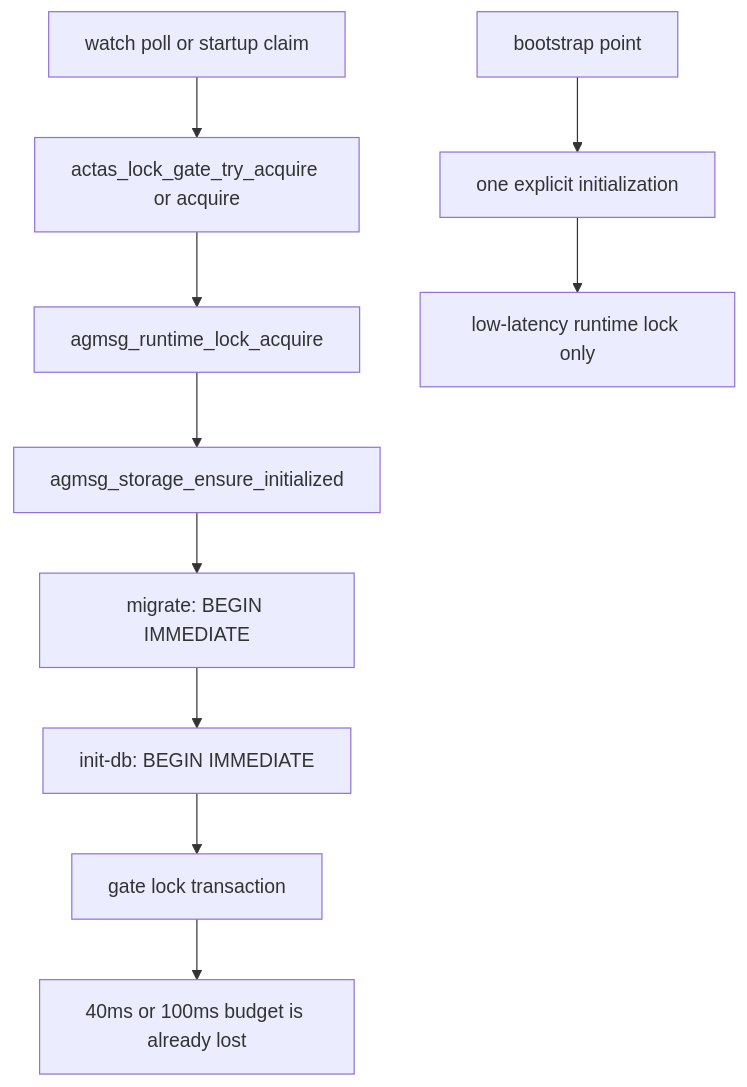
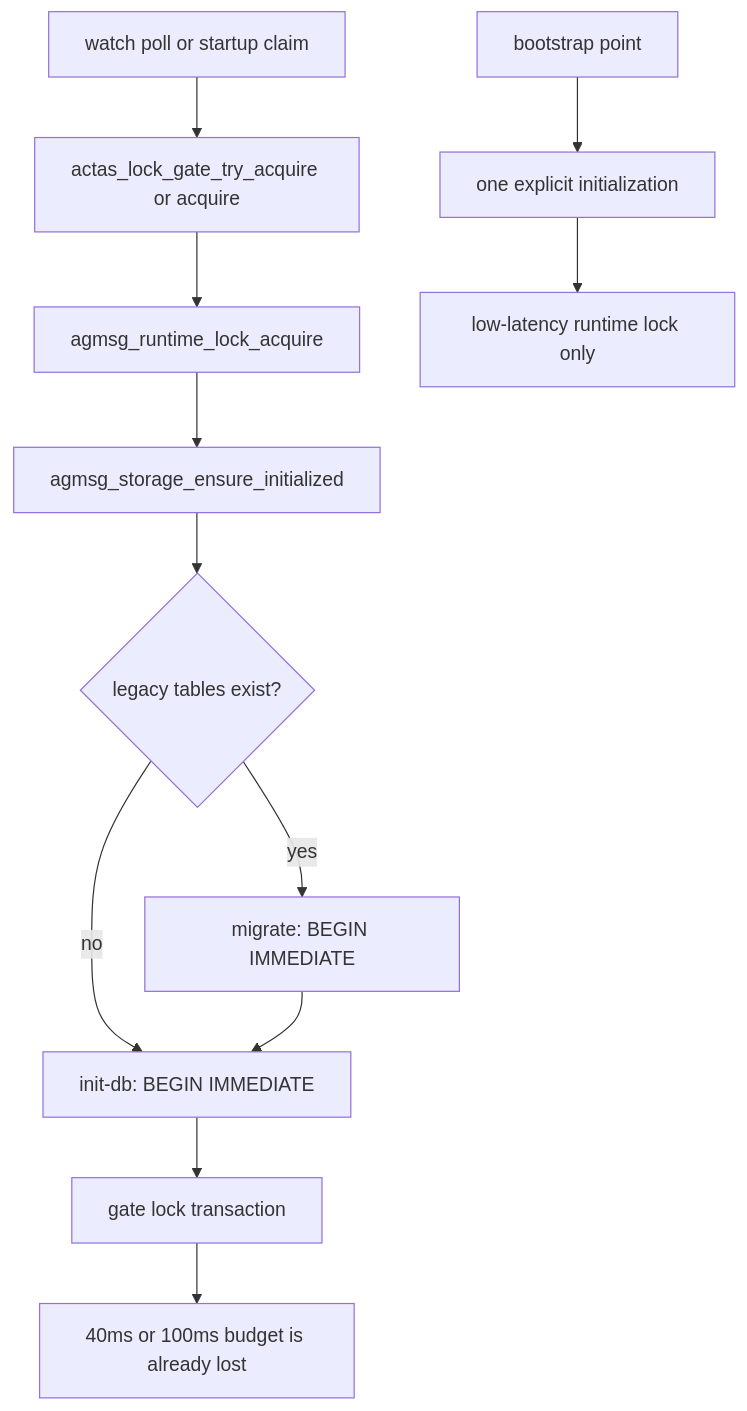
Before and after one commit to kappaseijin/agmsg: the diagram in docs/decisions/2026-09-05T030329_issue-223-delivery-gate-runtime-initialization-design.md, drawn with Mermaid. The commit also changed other lines of this file, not shown here.

Commit message:
docs: correct issue 223 design evidence

````diff
--- a/docs/decisions/2026-09-05T030329_issue-223-delivery-gate-runtime-initialization-design.md
+++ b/docs/decisions/2026-09-05T030329_issue-223-delivery-gate-runtime-initialization-design.md
@@ -55,13 +55,15 @@
 ```mermaid
 flowchart TD
   W[watch poll or startup claim] --> G[actas_lock_gate_try_acquire or acquire]
   G --> R[agmsg_runtime_lock_acquire]
   R --> I[agmsg_storage_ensure_initialized]
-  I --> M[migrate: BEGIN IMMEDIATE]
-  M --> D[init-db: BEGIN IMMEDIATE]
+  I --> Q{legacy tables exist?}
+  Q -->|yes| M[migrate: BEGIN IMMEDIATE]
+  Q -->|no| D[init-db: BEGIN IMMEDIATE]
+  M --> D
   D --> L[gate lock transaction]
   L --> X[40ms or 100ms budget is already lost]
 
   B[bootstrap point] --> I2[one explicit initialization]
   I2 --> L2[low-latency runtime lock only]
 ```
````
